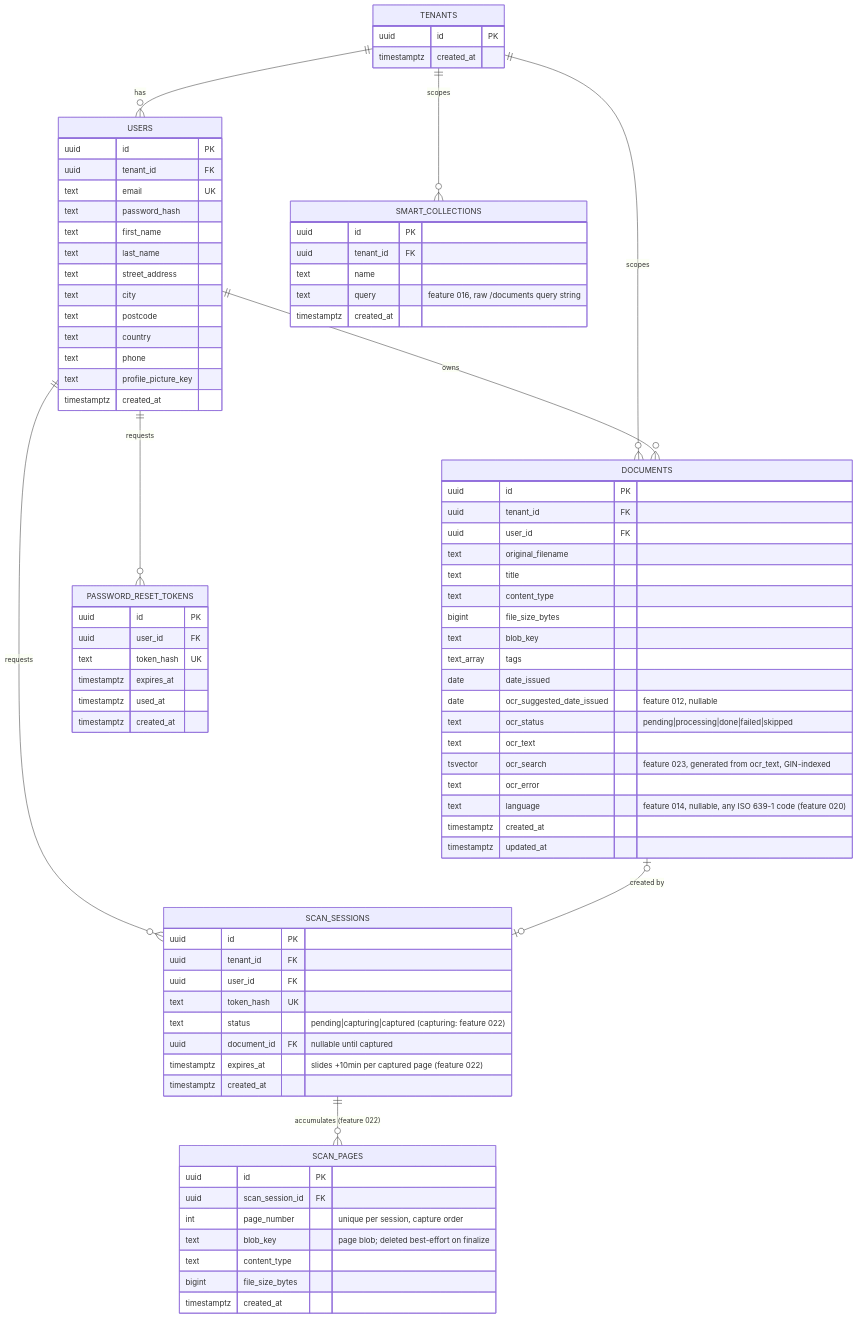
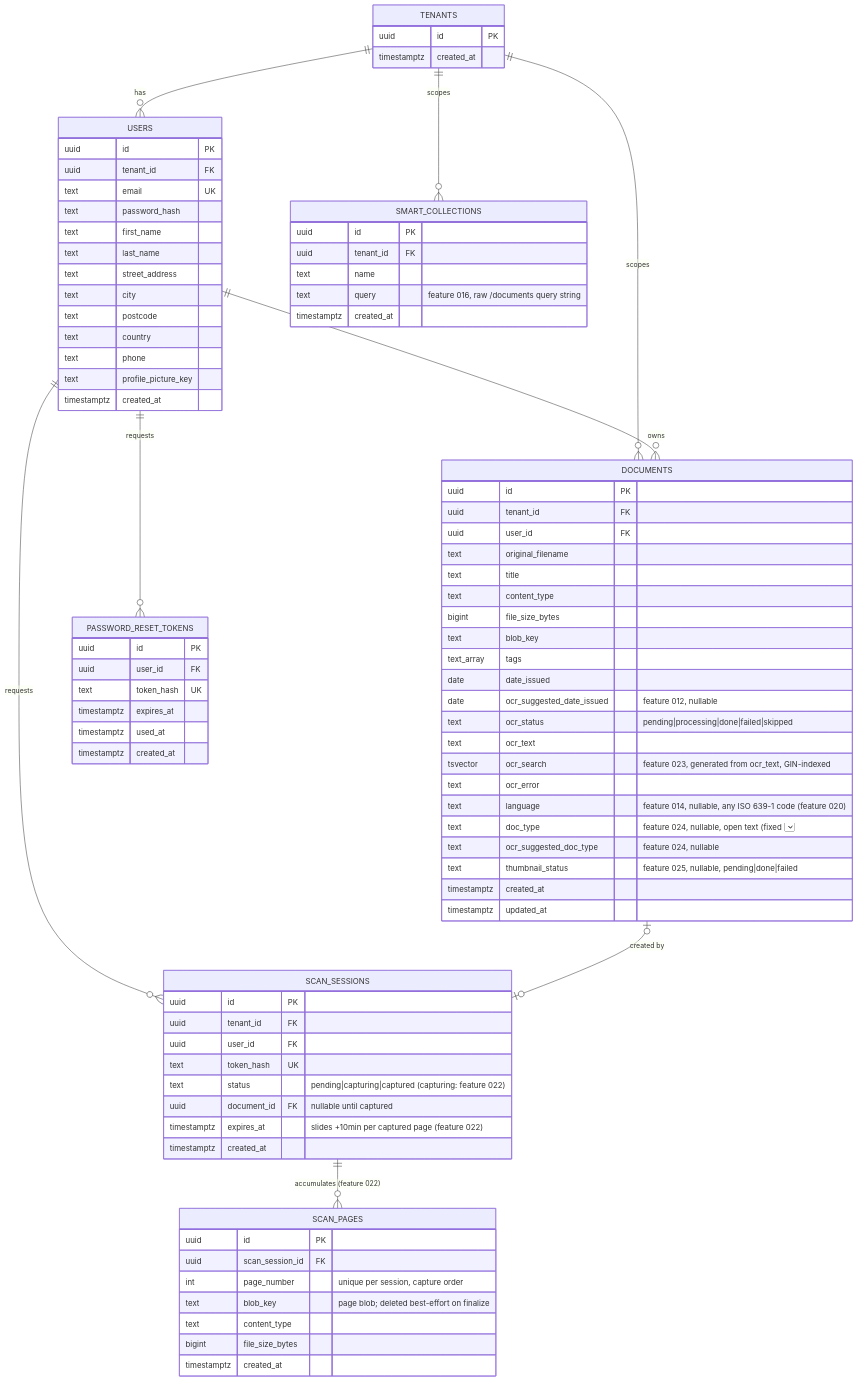
Before and after one commit to yaremam/docuflow: the third of 3 diagrams in docs/ARCHITECTURE.md, drawn with Mermaid. The commit also changed other lines of this file and 59 other files, not shown here.

```diff
--- a/docs/ARCHITECTURE.md
+++ b/docs/ARCHITECTURE.md
@@ -213,6 +213,9 @@
         tsvector ocr_search "feature 023, generated from ocr_text, GIN-indexed"
         text ocr_error
         text language "feature 014, nullable, any ISO 639-1 code (feature 020)"
+        text doc_type "feature 024, nullable, open text (fixed <select> options)"
+        text ocr_suggested_doc_type "feature 024, nullable"
+        text thumbnail_status "feature 025, nullable, pending|done|failed"
         timestamptz created_at
         timestamptz updated_at
     }
```
